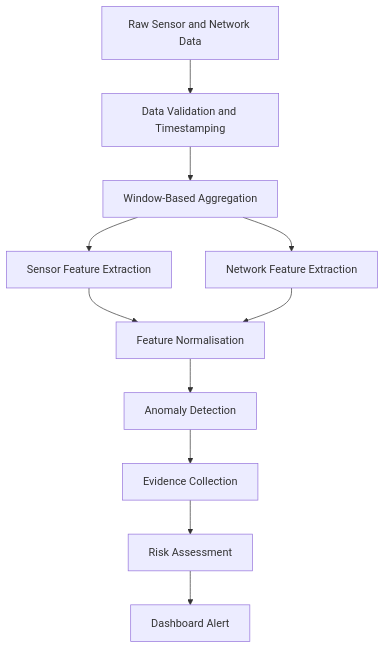
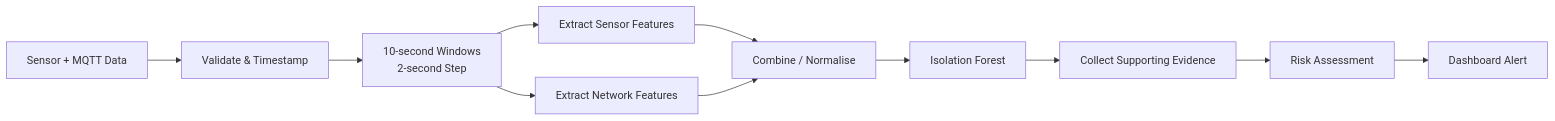
The second of 2 diagrams in README.md (nimrawani04/IoT-Risk-AI), drawn with Mermaid before and after one commit. The commit also changed other lines of this file, not shown here.

````diff
--- a/README.md
+++ b/README.md
@@ -164,24 +99,13 @@
 ```mermaid
-flowchart TD
-    A["Raw Sensor and Network Data"]
-    B["Data Validation and Timestamping"]
-    C["Window-Based Aggregation"]
-    D["Sensor Feature Extraction"]
-    E["Network Feature Extraction"]
-    F["Feature Normalisation"]
-    G["Anomaly Detection"]
-    H["Evidence Collection"]
-    I["Risk Assessment"]
-    J["Dashboard Alert"]
-
-    A --> B
-    B --> C
-    C --> D
-    C --> E
-    D --> F
+flowchart LR
+    A["Sensor + MQTT Data"] --> B["Validate & Timestamp"]
+    B --> C["10-second Windows<br/>2-second Step"]
+    C --> D["Extract Sensor Features"]
+    C --> E["Extract Network Features"]
+    D --> F["Combine / Normalise"]
     E --> F
-    F --> G
-    G --> H
-    H --> I
-    I --> J
+    F --> G["Isolation Forest"]
+    G --> H["Collect Supporting Evidence"]
+    H --> I["Risk Assessment"]
+    I --> J["Dashboard Alert"]
 ```
````
